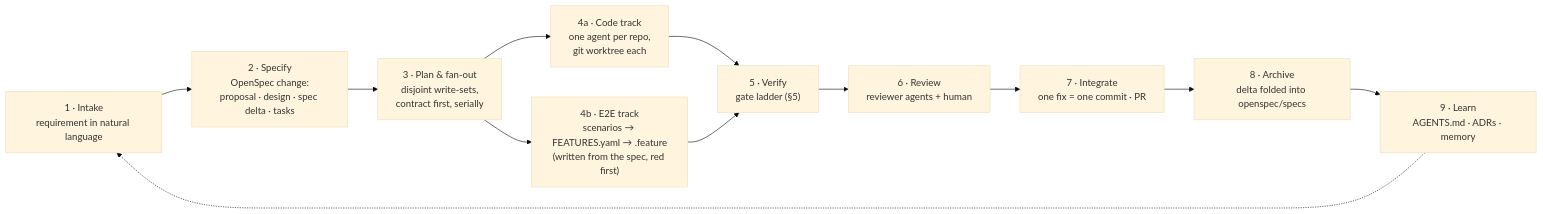
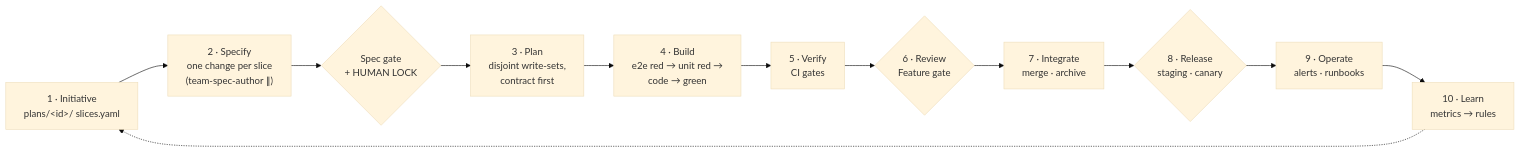
Before and after one commit to buidangphuc/agora: the diagram in README.md, drawn with Mermaid (base theme). The commit also changed other lines of this file, not shown here.

````diff
--- a/README.md
+++ b/README.md
@@ -41,14 +46,14 @@
 ```mermaid
 flowchart LR
-  I["1 · Intake<br/>requirement in natural language"] --> S["2 · Specify<br/>OpenSpec change:<br/>proposal · design · spec delta · tasks"]
-  S --> P["3 · Plan & fan-out<br/>disjoint write-sets,<br/>contract first, serially"]
-  P --> C["4a · Code track<br/>one agent per repo,<br/>git worktree each"]
-  P --> E["4b · E2E track<br/>scenarios → FEATURES.yaml → .feature<br/>(written from the spec, red first)"]
-  C --> V["5 · Verify<br/>gate ladder (§5)"]
-  E --> V
-  V --> R["6 · Review<br/>reviewer agents + human"]
-  R --> M["7 · Integrate<br/>one fix = one commit · PR"]
-  M --> A["8 · Archive<br/>delta folded into openspec/specs"]
-  A --> L["9 · Learn<br/>AGENTS.md · ADRs · memory"]
+  I["1 · Initiative<br/>plans/&lt;id&gt;/ slices.yaml"] --> S["2 · Specify<br/>one change per slice<br/>(team-spec-author ∥)"]
+  S --> G1{"Spec gate<br/>+ HUMAN LOCK"}
+  G1 --> P["3 · Plan<br/>disjoint write-sets,<br/>contract first"]
+  P --> B["4 · Build<br/>e2e red → unit red →<br/>code → green"]
+  B --> V["5 · Verify<br/>CI gates"]
+  V --> R{"6 · Review<br/>Feature gate"}
+  R --> M["7 · Integrate<br/>merge · archive"]
+  M --> RL{"8 · Release<br/>staging · canary"}
+  RL --> O["9 · Operate<br/>alerts · runbooks"]
+  O --> L["10 · Learn<br/>metrics → rules"]
   L -.-> I
 ```
````
